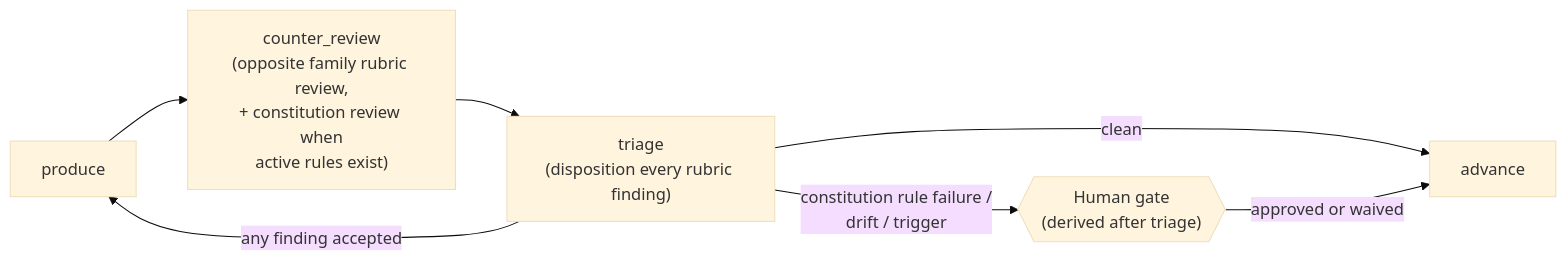
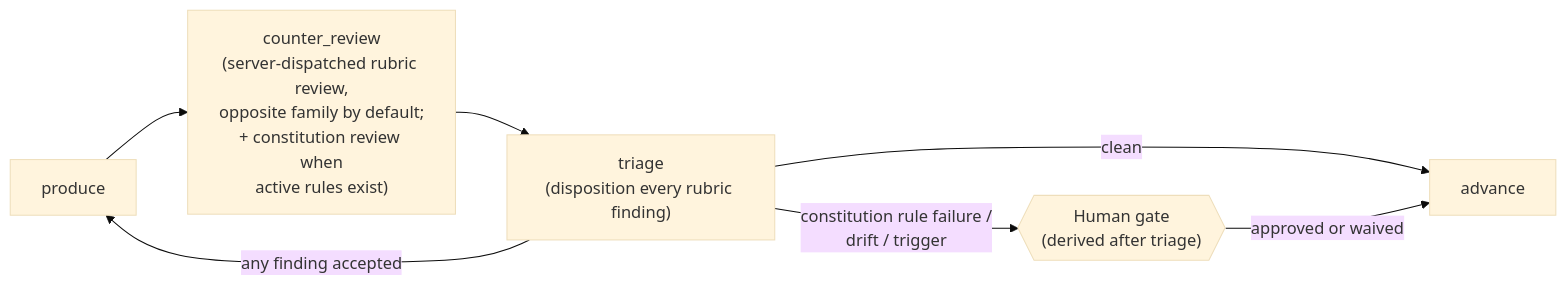
The second of 2 diagrams in docs/OVERVIEW.md (Aroton/ArchflowV2), drawn with Mermaid (base theme) before and after one commit. The commit also changed other lines of this file and 89 other files, not shown here.

````diff
--- a/docs/OVERVIEW.md
+++ b/docs/OVERVIEW.md
@@ -51,9 +51,9 @@
 ```mermaid
 flowchart LR
-    P[produce] --> CR["counter_review<br/>(opposite family rubric review,<br/>+ constitution review when<br/>active rules exist)"]
+    P[produce] --> CR["counter_review<br/>(server-dispatched rubric review,<br/>opposite family by default;<br/>+ constitution review when<br/>active rules exist)"]
     CR --> T["triage<br/>(disposition every rubric finding)"]
     T -->|"any finding accepted"| P
     T -->|"clean"| Adv[advance]
     T -->|"constitution rule failure /<br/>drift / trigger"| G{{"Human gate<br/>(derived after triage)"}}
     G -->|approved or waived| Adv
 ```
````
